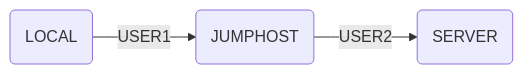
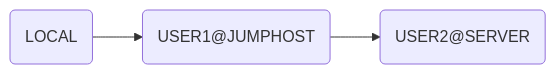
One commit to metaDMG-dev/metaDMG-core changed the diagram in docs/source/mermaid/jumphost.mmd. Above: the diagram before and after it, drawn with Mermaid.

Commit message:
docs: Update SSH flowchart

```diff
--- a/docs/source/mermaid/jumphost.mmd
+++ b/docs/source/mermaid/jumphost.mmd
@@ -1,3 +1,3 @@
 flowchart LR
 
-    start(LOCAL) -->|USER1| jump(JUMPHOST) -->|USER2| server(SERVER)
+    start(LOCAL) --> jump("USER1@JUMPHOST") --> server("USER2@SERVER")
```
